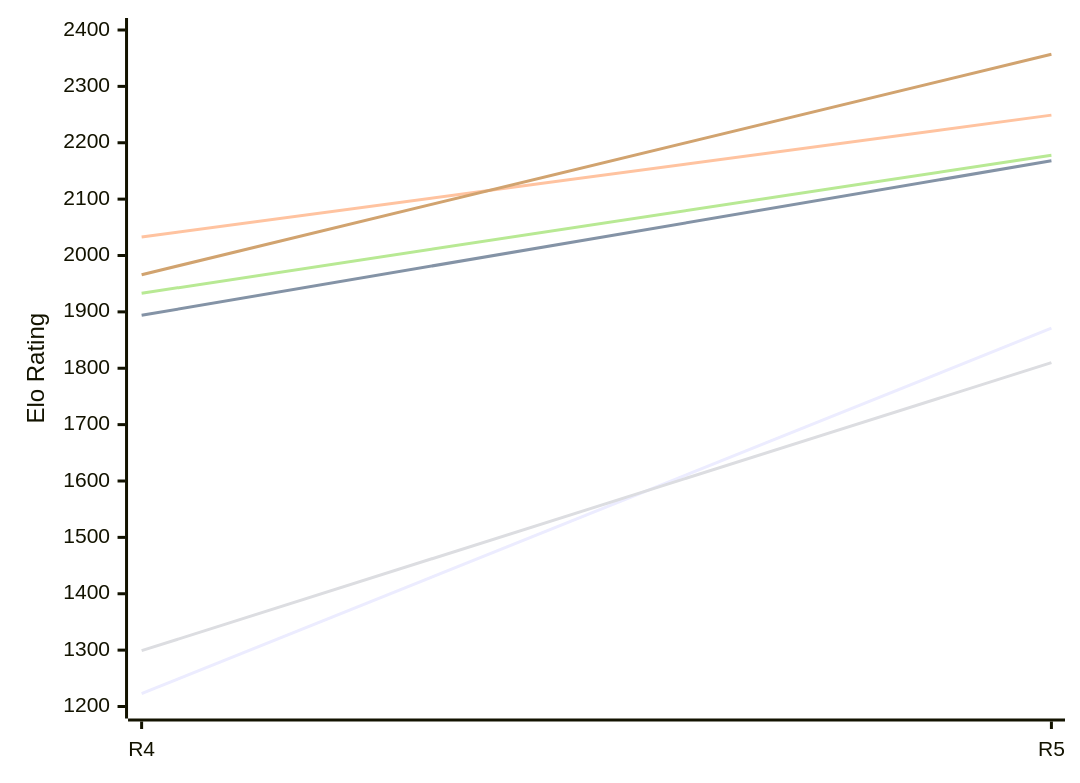
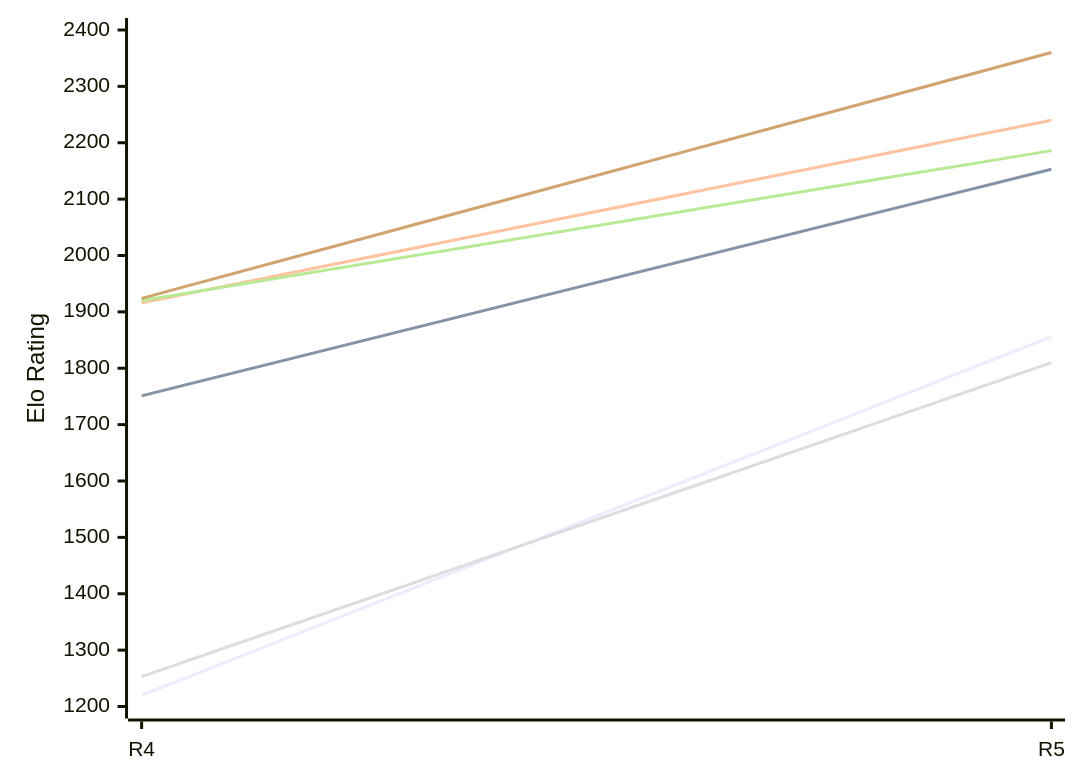
Before and after one commit to computer-chess-index/cci: the first of 2 diagrams in engines/Viking.md, drawn with Mermaid. The commit also changed other lines of this file, not shown here.

Commit message:
Update CCI Ratings (ELO VLTC) - 2026-11-15

````diff
--- a/engines/Viking.md
+++ b/engines/Viking.md
@@ -50,12 +50,12 @@
 ```mermaid
 %%{init: {"theme":"base","themeVariables":{"seriesColors:['#a3a3a3','#222221','#faa371']}}}%%
 xychart-beta
   x-axis ["R4", "R5"]
   y-axis "Elo Rating" 1200 --> 2400
-  line "E1: STC (8.0+0.08s)" [1223, 1871]
-  line "E1: LTC (60.0+0.60s)" [1894, 2168]
-  line "E1: VLTC (2m24s+1.12s)" [2033, 2249]
-  line "P1: STC (8.0+0.08s)" [1299, 1810]
-  line "P1: LTC (60.0+0.60s)" [1933, 2178]
-  line "P1: VLTC (2m24s+1.12s)" [1966, 2357]
+  line "E1: STC (8.0+0.08s)" [1220, 1856]
+  line "E1: LTC (60.0+0.60s)" [1751, 2153]
+  line "E1: VLTC (2m24s+1.12s)" [1916, 2240]
+  line "P1: STC (8.0+0.08s)" [1253, 1810]
+  line "P1: LTC (60.0+0.60s)" [1920, 2186]
+  line "P1: VLTC (2m24s+1.12s)" [1924, 2360]
 ```
````
